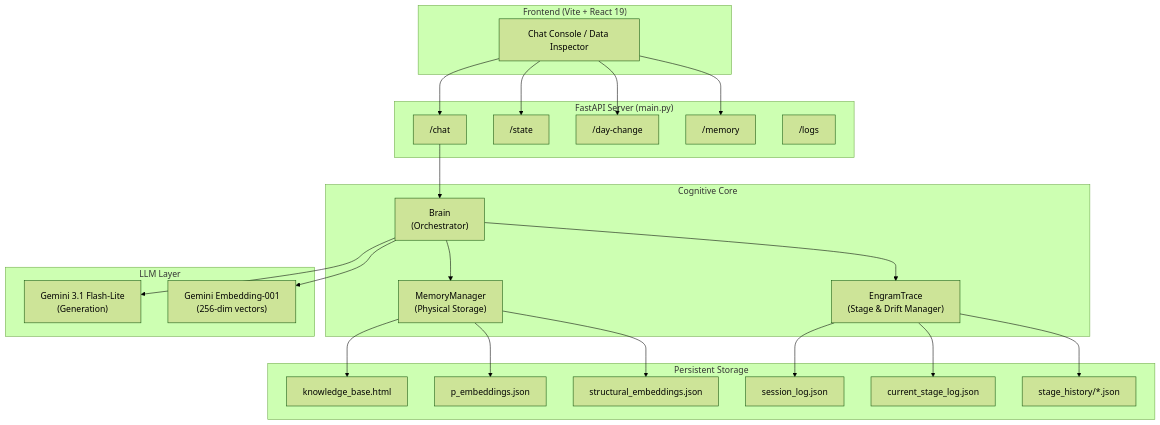
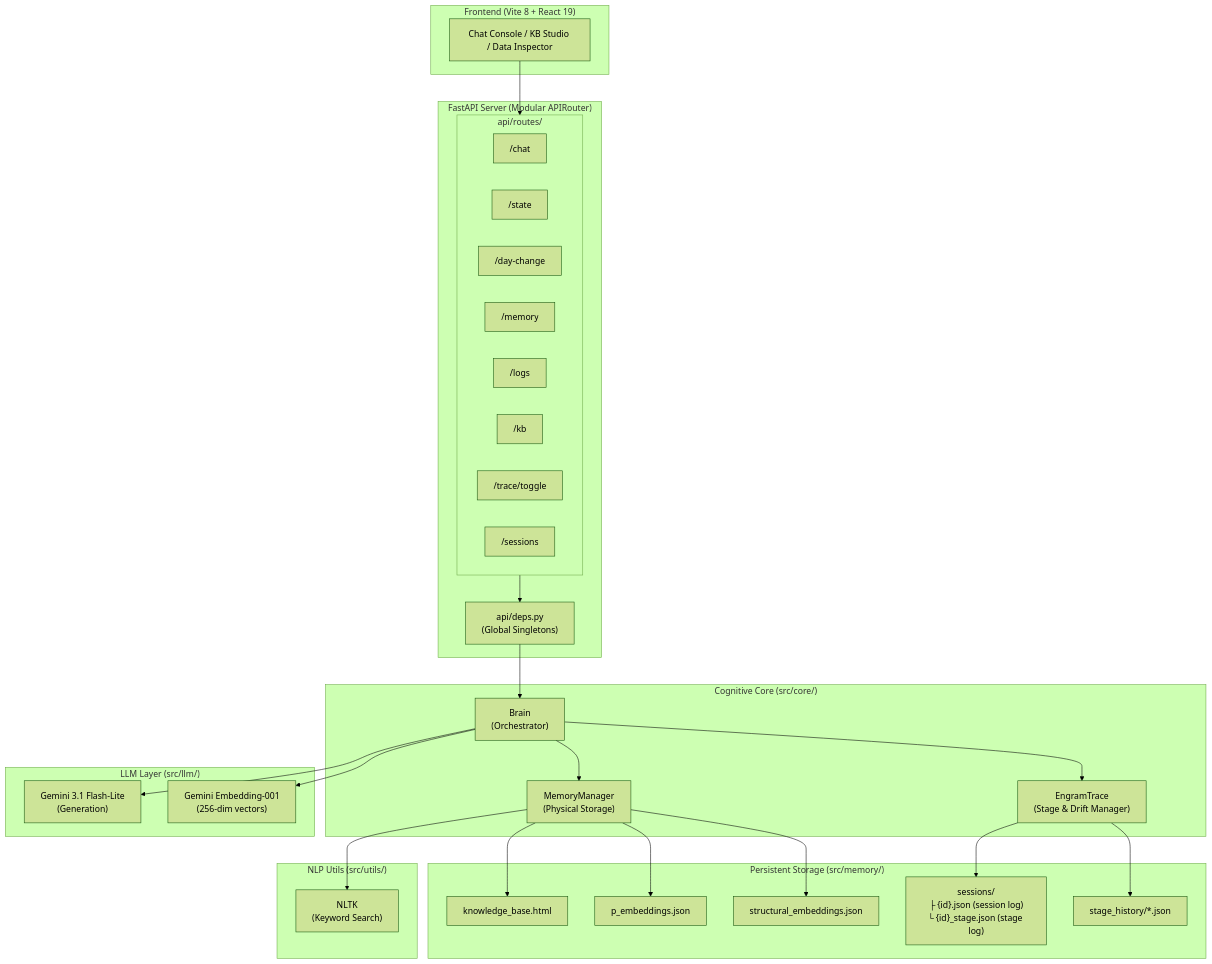
Before and after one commit to iamtaehyunpark/EngramTrace: the first of 4 diagrams in engramtrace_technical_report.md, drawn with Mermaid (forest theme). The commit also changed other lines of this file and 4 other files, not shown here.

````diff
--- a/engramtrace_technical_report.md
+++ b/engramtrace_technical_report.md
@@ -24,41 +24,52 @@
 ```mermaid
 graph TB
-    subgraph Frontend["Frontend (Vite + React 19)"]
-        UI["Chat Console / Data Inspector"]
+    subgraph Frontend["Frontend (Vite 8 + React 19)"]
+        UI["Chat Console / KB Studio / Data Inspector"]
     end
     
-    subgraph API["FastAPI Server (main.py)"]
-        CHAT["/chat"]
-        STATE["/state"]
-        DAY["/day-change"]
-        WIPE["/memory"]
-        LOGS["/logs"]
+    subgraph API["FastAPI Server (Modular APIRouter)"]
+        subgraph Routes["api/routes/"]
+            CHAT["/chat"]
+            STATE["/state"]
+            DAY["/day-change"]
+            WIPE["/memory"]
+            LOGS["/logs"]
+            KB_PUT["/kb"]
+            TRACE["/trace/toggle"]
+            SESSIONS["/sessions"]
+        end
+        DEPS["api/deps.py<br/>(Global Singletons)"]
     end
     
-    subgraph Core["Cognitive Core"]
+    subgraph Core["Cognitive Core (src/core/)"]
         BRAIN["Brain<br/>(Orchestrator)"]
         ET["EngramTrace<br/>(Stage & Drift Manager)"]
         MM["MemoryManager<br/>(Physical Storage)"]
     end
     
-    subgraph LLM["LLM Layer"]
+    subgraph LLM["LLM Layer (src/llm/)"]
         GEMINI["Gemini 3.1 Flash-Lite<br/>(Generation)"]
         EMB["Gemini Embedding-001<br/>(256-dim vectors)"]
     end
     
-    subgraph Storage["Persistent Storage"]
+    subgraph NLP["NLP Utils (src/utils/)"]
+        NLTK["NLTK<br/>(Keyword Search)"]
+    end
+    
+    subgraph Storage["Persistent Storage (src/memory/)"]
         KB["knowledge_base.html"]
         PE["p_embeddings.json"]
         SE["structural_embeddings.json"]
-        SL["session_log.json"]
-        CSL["current_stage_log.json"]
+        SESS_DIR["sessions/<br/>├ {id}.json (session log)<br/>└ {id}_stage.json (stage log)"]
         SH["stage_history/*.json"]
     end
     
-    UI --> CHAT & STATE & DAY & WIPE
-    CHAT --> BRAIN
+    UI --> Routes
+    Routes --> DEPS
+    DEPS --> BRAIN
     BRAIN --> ET & MM
     BRAIN --> GEMINI & EMB
+    MM --> NLTK
     MM --> KB & PE & SE
-    ET --> SL & CSL & SH
+    ET --> SESS_DIR & SH
 ```
````
